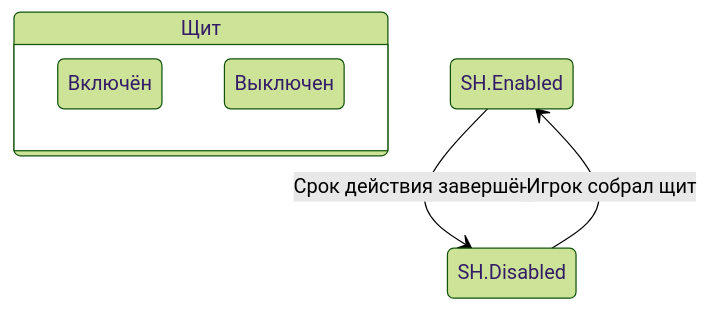
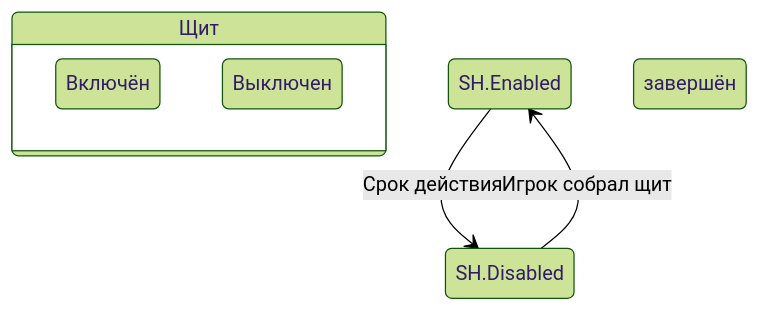
The fifth of 6 diagrams in docs/behavior.md (DoNik226/software_development), drawn with Mermaid (forest theme) before and after one commit.

````diff
--- a/docs/behavior.md
+++ b/docs/behavior.md
@@ -55,10 +55,11 @@
 ```mermaid
 stateDiagram-v2
     state "Щит" as SH {
     Enabled : Включён
     Disabled : Выключен
     }
-SH.Enabled --> SH.Disabled : Срок действия завершён
+SH.Enabled --> SH.Disabled : Срок действия
+завершён
 
-SH.Disabled --> SH.Enabled :        Игрок собрал щит
+SH.Disabled --> SH.Enabled : Игрок собрал щит
 ```
````
